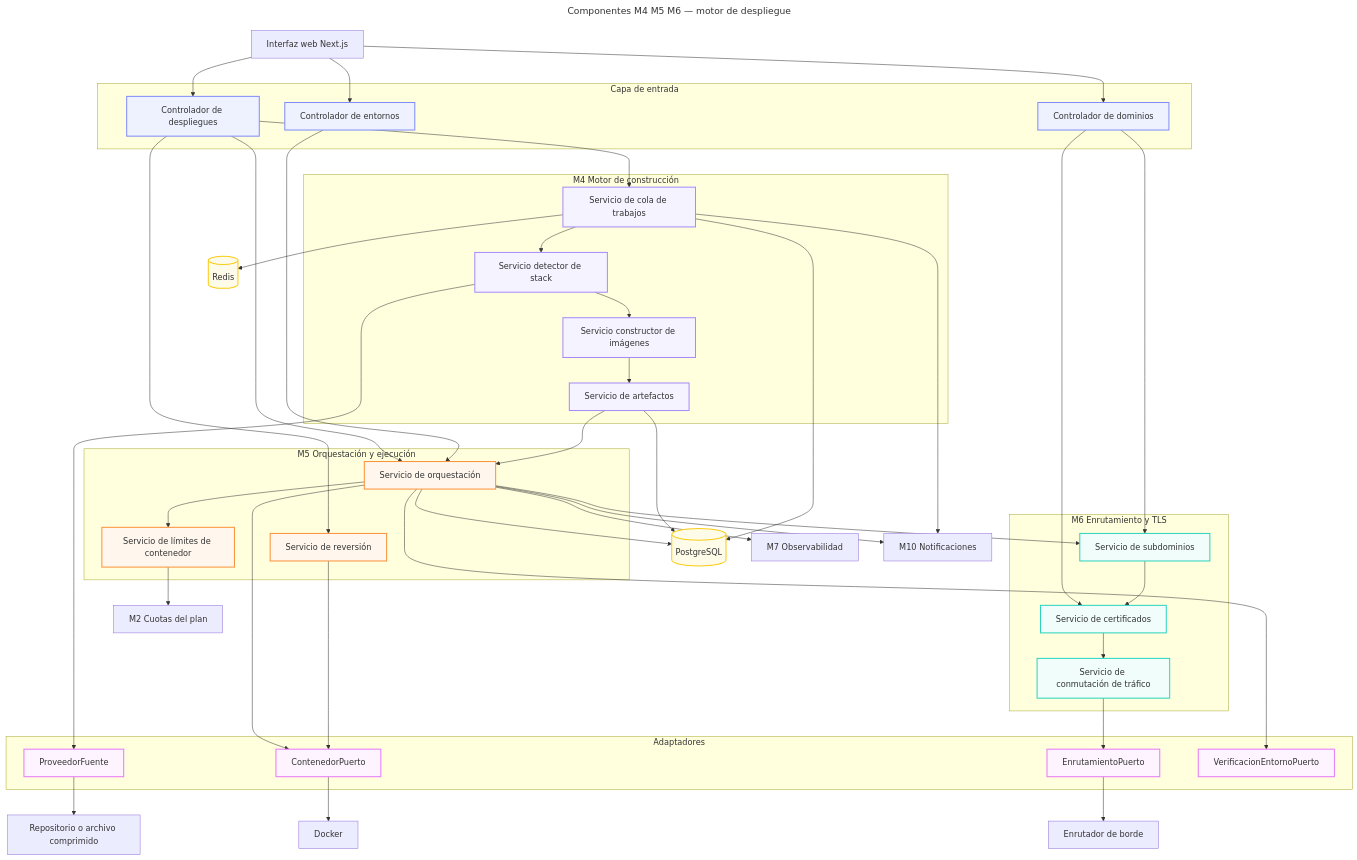
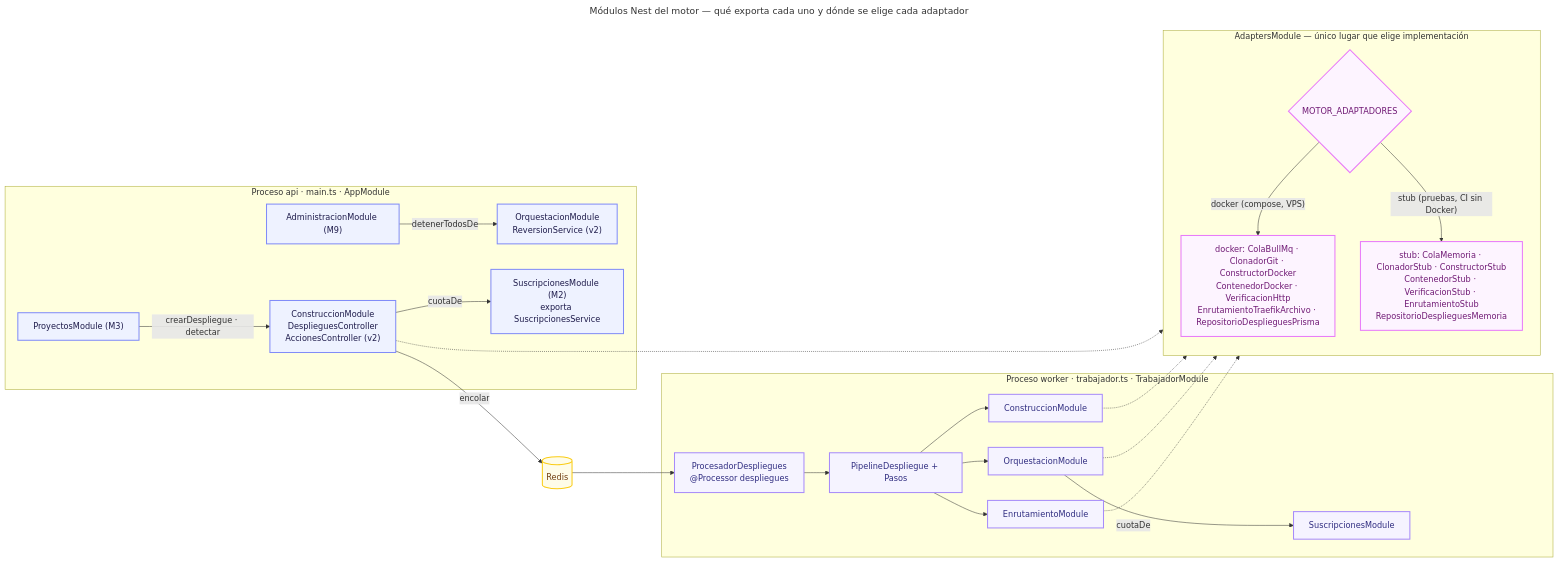
One commit to derekCmorales/deploya changed the diagram in docs/diagramas/m1-m10/m4-m5-m6-componentes.mmd. Above: the diagram before and after it, drawn with Mermaid. The commit also changed 24 other files, not shown here.

First line of the commit message:
docs(m4): diseño firmado del motor, contratos y diagramas al núcleo v4.1

```diff
--- a/docs/diagramas/m1-m10/m4-m5-m6-componentes.mmd
+++ b/docs/diagramas/m1-m10/m4-m5-m6-componentes.mmd
@@ -1,97 +1,52 @@
 ---
-title: Componentes M4 M5 M6 — motor de despliegue
+title: Módulos Nest del motor — qué exporta cada uno y dónde se elige cada adaptador
 ---
-flowchart TB
-    UI["Interfaz web Next.js"]
-
-    subgraph API["Capa de entrada"]
-        DEP_CTRL["Controlador de despliegues"]
-        ENV_CTRL["Controlador de entornos"]
-        DOM_CTRL["Controlador de dominios"]
+flowchart LR
+    subgraph PROCESO_API["Proceso api · main.ts · AppModule"]
+        PM3["ProyectosModule (M3)"]
+        PM9["AdministracionModule (M9)"]
+        CM_API["ConstruccionModule<br/>DesplieguesController<br/>AccionesController (v2)"]
+        OM_API["OrquestacionModule<br/>ReversionService (v2)"]
+        SM["SuscripcionesModule (M2)<br/>exporta SuscripcionesService"]
     end
 
-    subgraph M4["M4 Motor de construcción"]
-        COLA_TRABAJO["Servicio de cola de trabajos"]
-        DETECTOR["Servicio detector de stack"]
-        CONSTRUCTOR["Servicio constructor de imágenes"]
-        ARTEFACTOS["Servicio de artefactos"]
+    subgraph PROCESO_WORKER["Proceso worker · trabajador.ts · TrabajadorModule"]
+        PROC["ProcesadorDespliegues<br/>@Processor despliegues"]
+        PIPE["PipelineDespliegue + Pasos"]
+        CM_W["ConstruccionModule"]
+        OM_W["OrquestacionModule"]
+        EM_W["EnrutamientoModule"]
+        SM_W["SuscripcionesModule"]
     end
 
-    subgraph M5["M5 Orquestación y ejecución"]
-        ORQ["Servicio de orquestación"]
-        CUOTA_CTR["Servicio de límites de contenedor"]
-        REV["Servicio de reversión"]
+    subgraph ADAPT["AdaptersModule — único lugar que elige implementación"]
+        BIND{"MOTOR_ADAPTADORES"}
+        REAL["docker: ColaBullMq · ClonadorGit · ConstructorDocker<br/>ContenedorDocker · VerificacionHttp<br/>EnrutamientoTraefikArchivo · RepositorioDesplieguesPrisma"]
+        STUB["stub: ColaMemoria · ClonadorStub · ConstructorStub<br/>ContenedorStub · VerificacionStub · EnrutamientoStub<br/>RepositorioDesplieguesMemoria"]
     end
 
-    subgraph M6["M6 Enrutamiento y TLS"]
-        SUB["Servicio de subdominios"]
-        TLS["Servicio de certificados"]
-        CUT["Servicio de conmutación de tráfico"]
-    end
+    PM3 -->|"crearDespliegue · detectar"| CM_API
+    PM9 -->|"detenerTodosDe"| OM_API
+    CM_API -->|"cuotaDe"| SM
+    CM_API -->|"encolar"| REDIS[("Redis")]
+    REDIS --> PROC
+    PROC --> PIPE
+    PIPE --> CM_W
+    PIPE --> OM_W
+    PIPE --> EM_W
+    OM_W -->|"cuotaDe"| SM_W
+    BIND -->|"docker (compose, VPS)"| REAL
+    BIND -->|"stub (pruebas, CI sin Docker)"| STUB
+    CM_API -.-> ADAPT
+    CM_W -.-> ADAPT
+    OM_W -.-> ADAPT
+    EM_W -.-> ADAPT
 
-    subgraph ADAPTADORES["Adaptadores"]
-        P_FUENTE["ProveedorFuente"]
-        P_CONT["ContenedorPuerto"]
-        P_RUTA["EnrutamientoPuerto"]
-        P_SALUD["VerificacionEntornoPuerto"]
-    end
-
-    BD[("PostgreSQL")]
-    REDIS[("Redis")]
-    DOCKER["Docker"]
-    EDGE["Enrutador de borde"]
-    GIT["Repositorio o archivo comprimido"]
-    M2["M2 Cuotas del plan"]
-    M7["M7 Observabilidad"]
-    M10["M10 Notificaciones"]
-
-    UI --> DEP_CTRL
-    UI --> ENV_CTRL
-    UI --> DOM_CTRL
-
-    DEP_CTRL --> COLA_TRABAJO
-    DEP_CTRL --> ORQ
-    DEP_CTRL --> REV
-    ENV_CTRL --> ORQ
-    DOM_CTRL --> SUB
-    DOM_CTRL --> TLS
-
-    COLA_TRABAJO --> REDIS
-    COLA_TRABAJO --> DETECTOR
-    DETECTOR --> P_FUENTE
-    P_FUENTE --> GIT
-    DETECTOR --> CONSTRUCTOR
-    CONSTRUCTOR --> ARTEFACTOS
-    ARTEFACTOS --> BD
-    ARTEFACTOS --> ORQ
-
-    ORQ --> CUOTA_CTR
-    CUOTA_CTR --> M2
-    ORQ --> P_CONT
-    REV --> P_CONT
-    P_CONT --> DOCKER
-    ORQ --> P_SALUD
-    ORQ --> SUB
-    SUB --> TLS
-    TLS --> CUT
-    CUT --> P_RUTA
-    P_RUTA --> EDGE
-
-    ORQ --> M7
-    ORQ --> M10
-    COLA_TRABAJO --> M10
-    COLA_TRABAJO --> BD
-    ORQ --> BD
-
-    classDef entry fill:#eef2ff,stroke:#818cf8,stroke-width:2px
-    classDef m4 fill:#f5f3ff,stroke:#a78bfa,stroke-width:2px
-    classDef m5 fill:#fff7ed,stroke:#fb923c,stroke-width:2px
-    classDef m6 fill:#f0fdfa,stroke:#2dd4bf,stroke-width:2px
-    classDef port fill:#fdf4ff,stroke:#e879f9,stroke-width:2px
-    classDef data fill:#fefce8,stroke:#facc15,stroke-width:2px
-    class DEP_CTRL,ENV_CTRL,DOM_CTRL entry
-    class COLA_TRABAJO,DETECTOR,CONSTRUCTOR,ARTEFACTOS m4
-    class ORQ,CUOTA_CTR,REV m5
-    class SUB,TLS,CUT m6
-    class P_FUENTE,P_CONT,P_RUTA,P_SALUD port
-    class BD,REDIS data
+    classDef api fill:#eef2ff,stroke:#818cf8,stroke-width:2px,color:#1e1b4b
+    classDef worker fill:#f5f3ff,stroke:#a78bfa,stroke-width:2px,color:#312e81
+    classDef adapt fill:#fdf4ff,stroke:#e879f9,stroke-width:2px,color:#701a75
+    classDef data fill:#fefce8,stroke:#facc15,stroke-width:2px,color:#713f12
+    class PM3,PM9,CM_API,OM_API,SM api
+    class PROC,PIPE,CM_W,OM_W,EM_W,SM_W worker
+    class BIND,REAL,STUB adapt
+    class REDIS data
```
